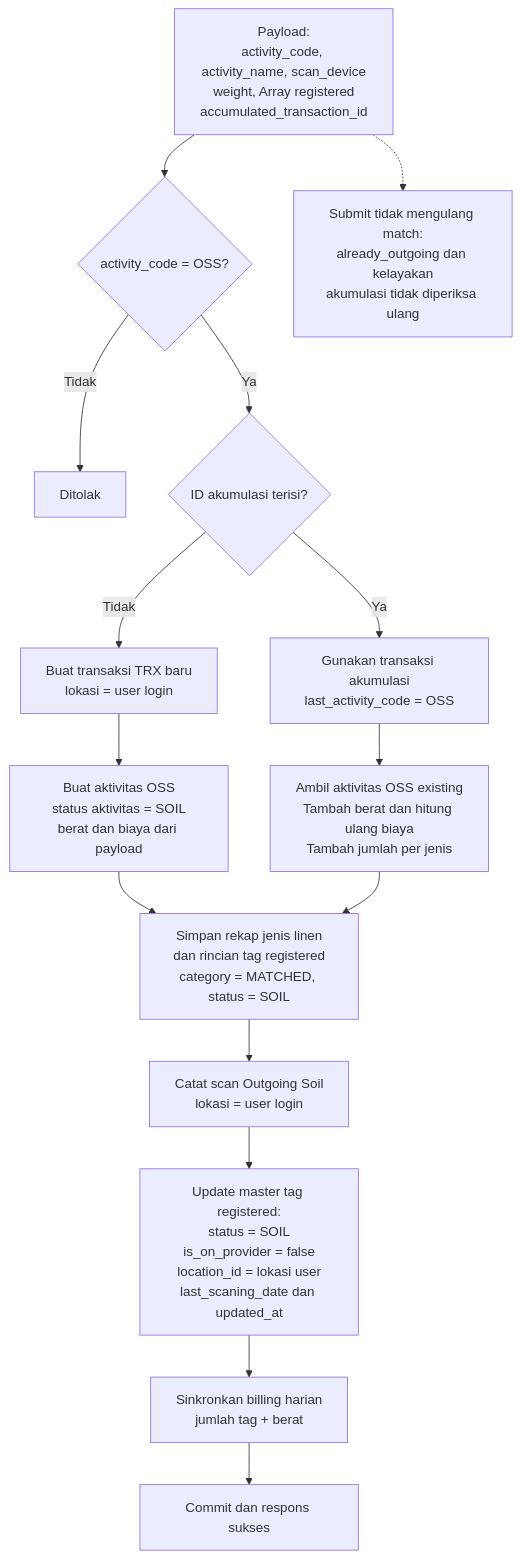
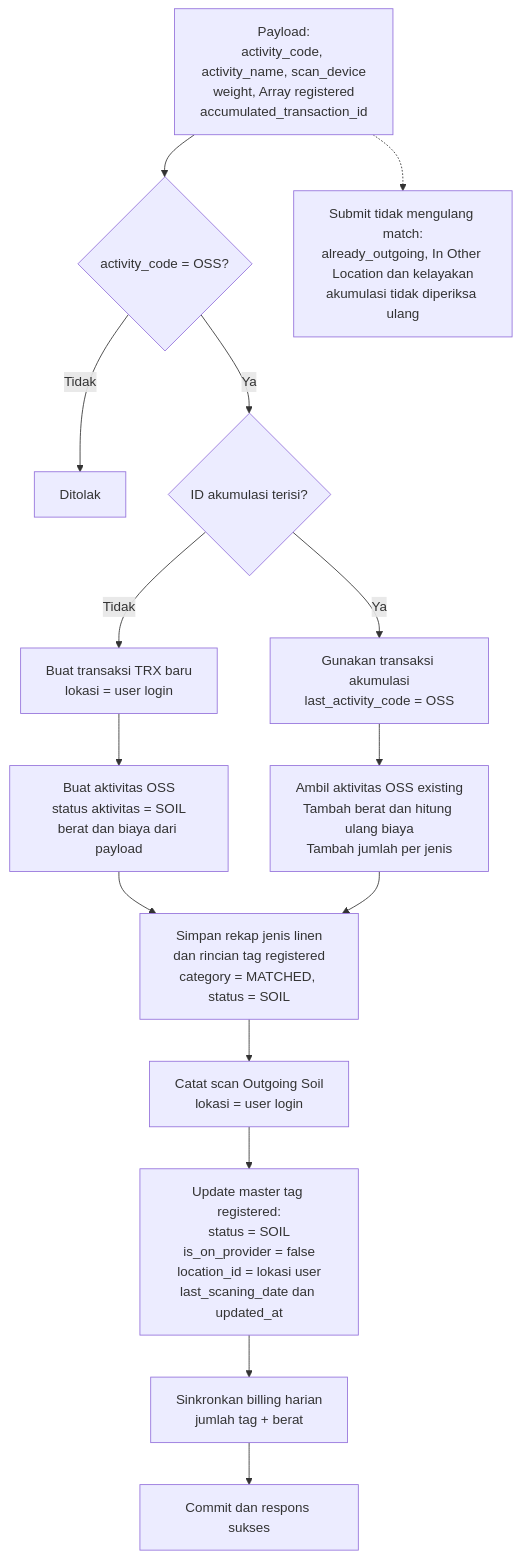
One commit to bagaskrmn/bac-flow-laundry changed the second of 2 diagrams in laundry-activities/outgoing-soil.md. Above: the diagram before and after it, drawn with Mermaid. The commit also changed other lines of this file and 1 other file, not shown here.

````diff
--- a/laundry-activities/outgoing-soil.md
+++ b/laundry-activities/outgoing-soil.md
@@ -39,22 +42,22 @@
 ```mermaid
 flowchart TD
     N_IN["Payload:<br/>activity_code, activity_name, scan_device<br/>weight, Array registered<br/>accumulated_transaction_id"]
     N_IN --> N_VALID{"activity_code = OSS?"}
     N_VALID -->|Tidak| N_REJECT["Ditolak"]
     N_VALID -->|Ya| N_MODE{"ID akumulasi terisi?"}
 
     N_MODE -->|Tidak| N_NEW["Buat transaksi TRX baru<br/>lokasi = user login"]
     N_NEW --> N_ACT["Buat aktivitas OSS<br/>status aktivitas = SOIL<br/>berat dan biaya dari payload"]
 
     N_MODE -->|Ya| N_OLD["Gunakan transaksi akumulasi<br/>last_activity_code = OSS"]
     N_OLD --> N_ADD["Ambil aktivitas OSS existing<br/>Tambah berat dan hitung ulang biaya<br/>Tambah jumlah per jenis"]
 
     N_ACT --> N_DETAIL["Simpan rekap jenis linen<br/>dan rincian tag registered<br/>category = MATCHED, status = SOIL"]
     N_ADD --> N_DETAIL
     N_DETAIL --> N_SCAN["Catat scan Outgoing Soil<br/>lokasi = user login"]
     N_SCAN --> N_MASTER["Update master tag registered:<br/>status = SOIL<br/>is_on_provider = false<br/>location_id = lokasi user<br/>last_scaning_date dan updated_at"]
     N_MASTER --> N_BILL["Sinkronkan billing harian<br/>jumlah tag + berat"]
     N_BILL --> N_DONE["Commit dan respons sukses"]
 
-    N_IN -.-> N_TRUST["Submit tidak mengulang match:<br/>already_outgoing dan kelayakan<br/>akumulasi tidak diperiksa ulang"]
+    N_IN -.-> N_TRUST["Submit tidak mengulang match:<br/>already_outgoing, In Other Location dan kelayakan<br/>akumulasi tidak diperiksa ulang"]
 ```
````
